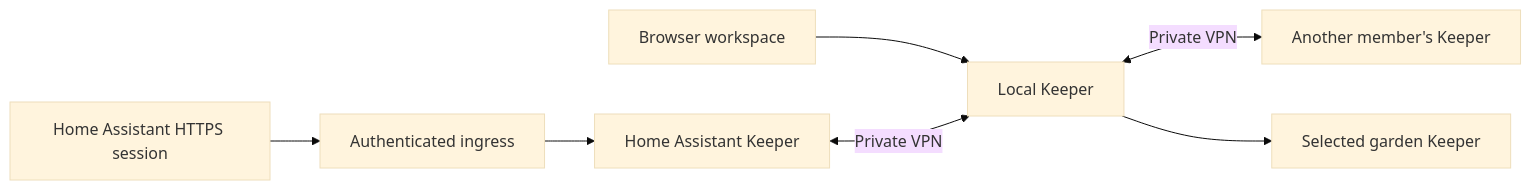
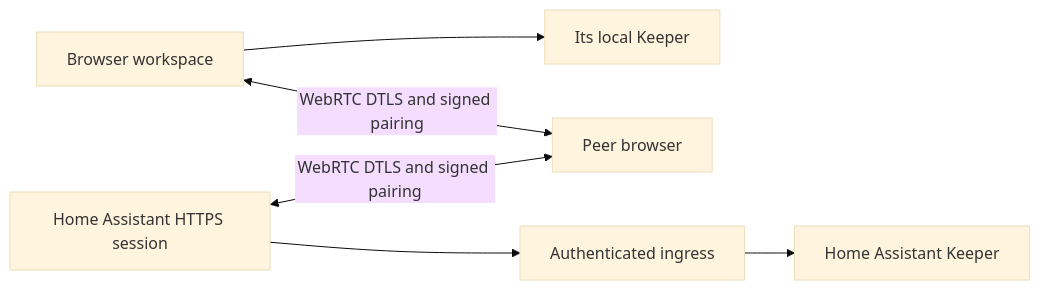
One commit to moswald14/doodletick changed the diagram in ARCHITECTURE.md. Above: the diagram before and after it, drawn with Mermaid (base theme). The commit also changed other lines of this file and 6 other files, not shown here.

````diff
--- a/ARCHITECTURE.md
+++ b/ARCHITECTURE.md
@@ -24,9 +23,8 @@
 ```mermaid
 flowchart LR
-  B[Browser workspace] --> K[Local Keeper]
-  K <-->|Private VPN| P[Another member's Keeper]
-  K --> G[Selected garden Keeper]
+  B[Browser workspace] --> K[Its local Keeper]
+  B <-->|WebRTC DTLS and signed pairing| P[Peer browser]
   H[Home Assistant HTTPS session] --> I[Authenticated ingress]
   I --> A[Home Assistant Keeper]
-  A <-->|Private VPN| K
+  H <-->|WebRTC DTLS and signed pairing| P
 ```
````
